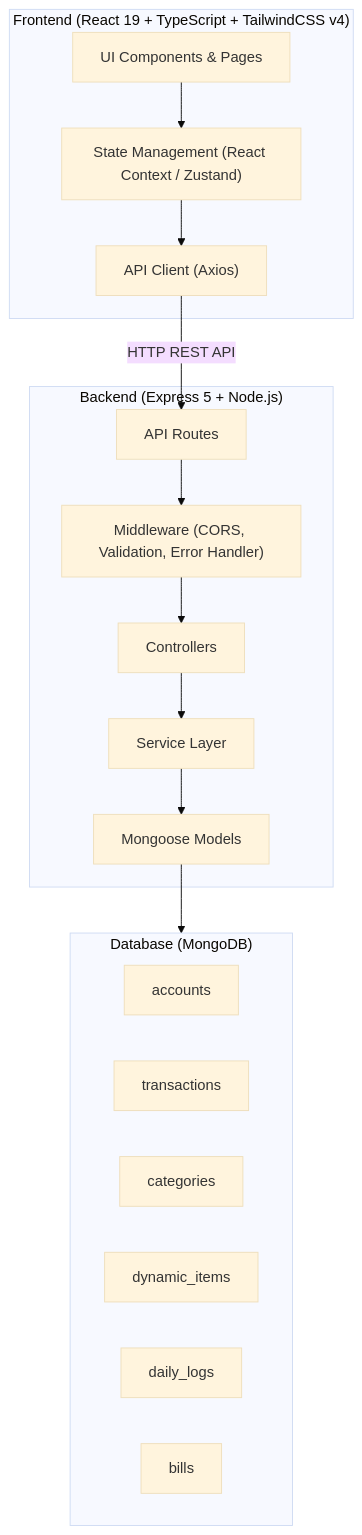
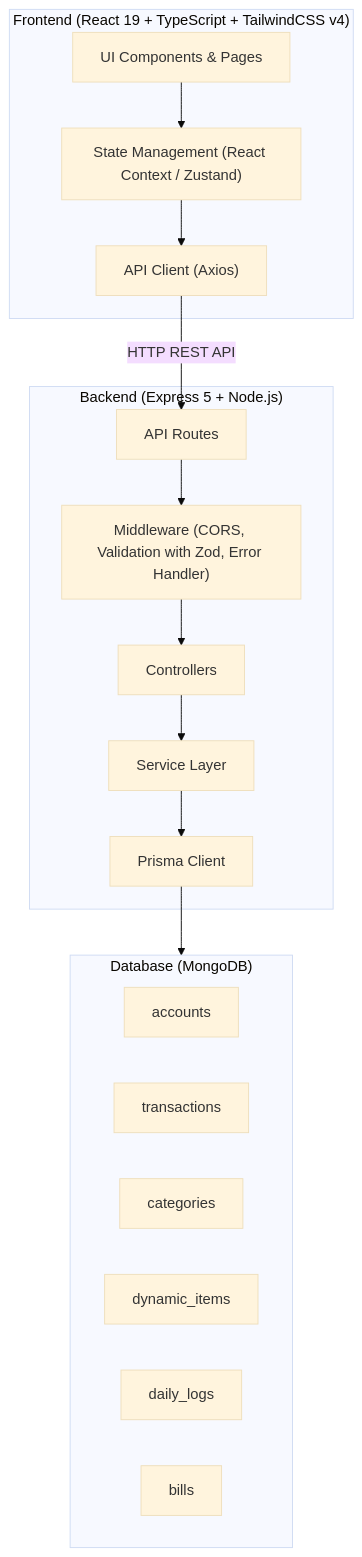
One commit to akhilvirja/Daily-Expense-Tracker changed the first of 4 diagrams in implementation_plan.md. Above: the diagram before and after it, drawn with Mermaid (base theme). The commit also changed other lines of this file and 1 other file, not shown here.

````diff
--- a/implementation_plan.md
+++ b/implementation_plan.md
@@ -46,29 +46,29 @@
 ```mermaid
 graph TB
     subgraph Frontend["Frontend (React 19 + TypeScript + TailwindCSS v4)"]
         UI["UI Components & Pages"]
         Store["State Management (React Context / Zustand)"]
         API_Client["API Client (Axios)"]
     end
 
     subgraph Backend["Backend (Express 5 + Node.js)"]
         Routes["API Routes"]
         Controllers["Controllers"]
         Services["Service Layer"]
-        Models["Mongoose Models"]
-        Middleware["Middleware (CORS, Validation, Error Handler)"]
+        Models["Prisma Client"]
+        Middleware["Middleware (CORS, Validation with Zod, Error Handler)"]
     end
 
     subgraph Database["Database (MongoDB)"]
         Accounts["accounts"]
         Transactions["transactions"]
         Categories["categories"]
         DynamicItems["dynamic_items"]
         DailyLogs["daily_logs"]
         Bills["bills"]
     end
 
     UI --> Store --> API_Client
     API_Client -->|HTTP REST API| Routes
     Routes --> Middleware --> Controllers --> Services --> Models --> Database
 ```
````
